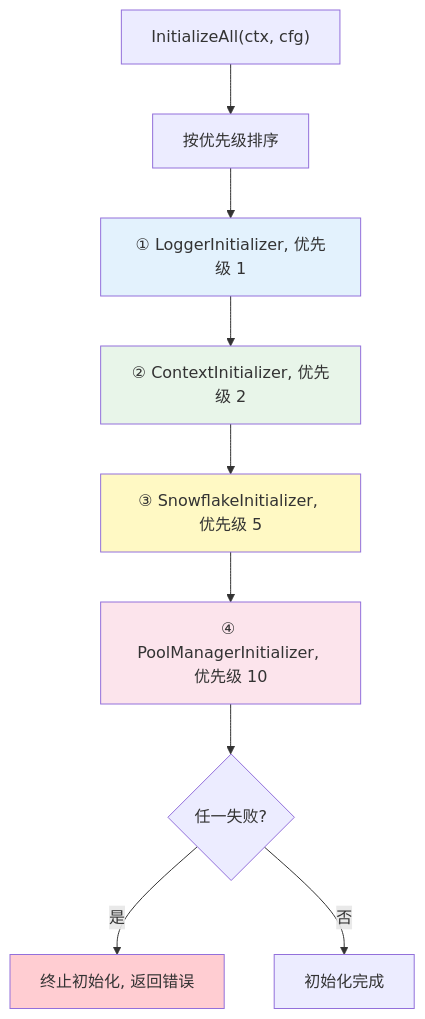
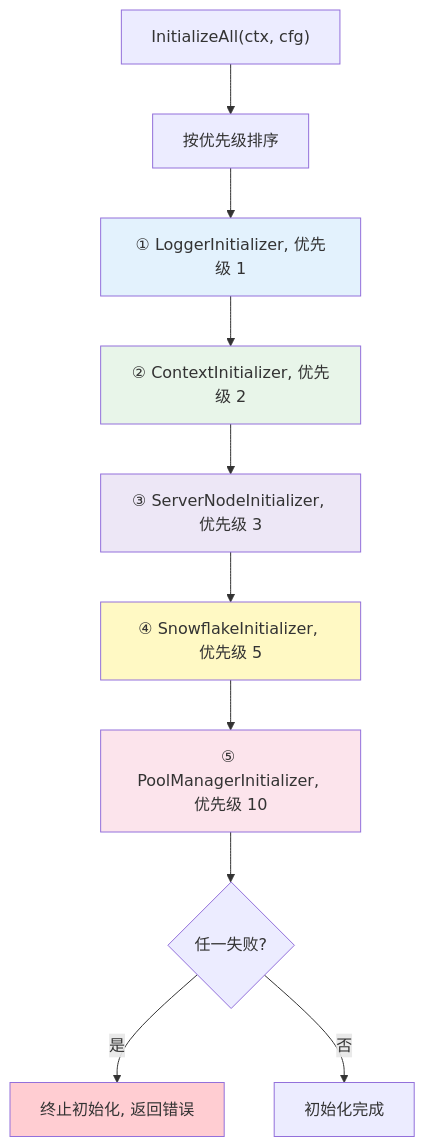
One commit to kamalyes/go-rpc-gateway changed the first of 2 diagrams in docs/GLOBAL.md. Above: the diagram before and after it, drawn with Mermaid. The commit also changed other lines of this file and 20 other files, not shown here.

````diff
--- a/docs/GLOBAL.md
+++ b/docs/GLOBAL.md
@@ -154,17 +177,19 @@
 ```mermaid
 flowchart TD
     START["InitializeAll(ctx, cfg)"] --> SORT["按优先级排序"]
     SORT --> I1["① LoggerInitializer, 优先级 1"]
     I1 --> I2["② ContextInitializer, 优先级 2"]
-    I2 --> I3["③ SnowflakeInitializer, 优先级 5"]
-    I3 --> I4["④ PoolManagerInitializer, 优先级 10"]
-    I4 --> CHECK{"任一失败?"}
+    I2 --> I3["③ ServerNodeInitializer, 优先级 3"]
+    I3 --> I4["④ SnowflakeInitializer, 优先级 5"]
+    I4 --> I5["⑤ PoolManagerInitializer, 优先级 10"]
+    I5 --> CHECK{"任一失败?"}
     CHECK -->|是| ABORT["终止初始化, 返回错误"]
     CHECK -->|否| DONE["初始化完成"]
 
     style I1 fill:#e3f2fd
     style I2 fill:#e8f5e9
-    style I3 fill:#fff9c4
-    style I4 fill:#fce4ec
+    style I3 fill:#ede7f6
+    style I4 fill:#fff9c4
+    style I5 fill:#fce4ec
     style ABORT fill:#ffcdd2
 ```
````
